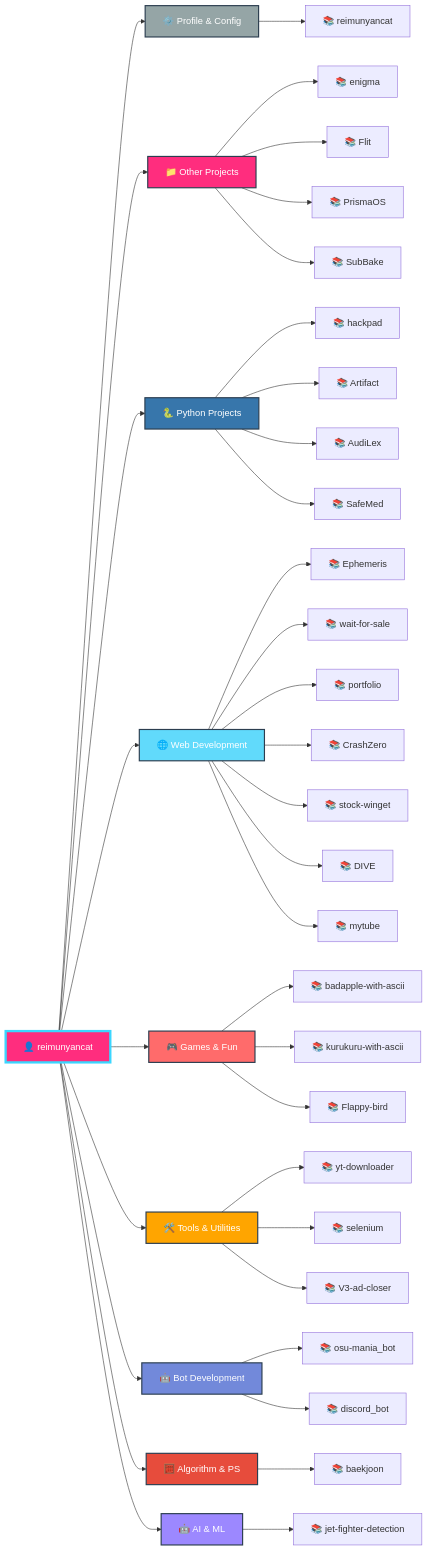
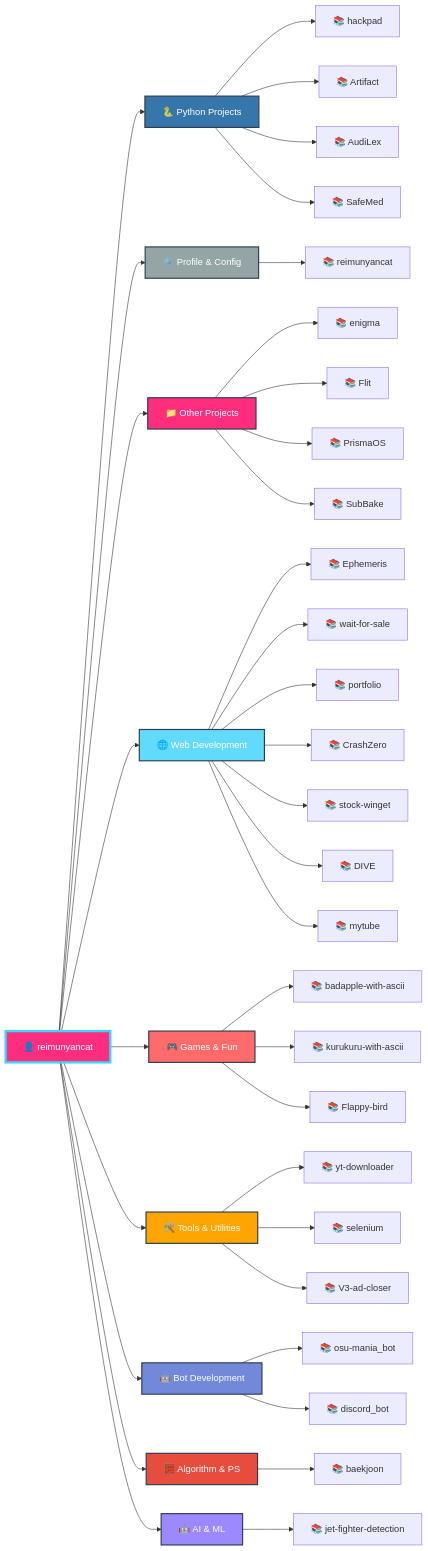
The diagram in README.md (reimunyancat/reimunyancat), drawn with Mermaid before and after one commit. The commit also changed other lines of this file, not shown here.

````diff
--- a/README.md
+++ b/README.md
@@ -158,59 +158,59 @@
 ```mermaid
 graph LR
   A[👤 reimunyancat]
 
-  A --> CAT0[⚙️ Profile & Config]
-  CAT0 --> CAT0_0[📚 reimunyancat]
+  A --> CAT0[🐍 Python Projects]
+  CAT0 --> CAT0_0[📚 hackpad]
+  CAT0 --> CAT0_1[📚 Artifact]
+  CAT0 --> CAT0_2[📚 AudiLex]
+  CAT0 --> CAT0_3[📚 SafeMed]
 
-  A --> CAT1[📁 Other Projects]
-  CAT1 --> CAT1_0[📚 enigma]
-  CAT1 --> CAT1_1[📚 Flit]
-  CAT1 --> CAT1_2[📚 PrismaOS]
-  CAT1 --> CAT1_3[📚 SubBake]
+  A --> CAT1[⚙️ Profile & Config]
+  CAT1 --> CAT1_0[📚 reimunyancat]
 
-  A --> CAT2[🐍 Python Projects]
-  CAT2 --> CAT2_0[📚 hackpad]
-  CAT2 --> CAT2_1[📚 Artifact]
-  CAT2 --> CAT2_2[📚 AudiLex]
-  CAT2 --> CAT2_3[📚 SafeMed]
+  A --> CAT2[📁 Other Projects]
+  CAT2 --> CAT2_0[📚 enigma]
+  CAT2 --> CAT2_1[📚 Flit]
+  CAT2 --> CAT2_2[📚 PrismaOS]
+  CAT2 --> CAT2_3[📚 SubBake]
 
   A --> CAT3[🌐 Web Development]
   CAT3 --> CAT3_0[📚 Ephemeris]
   CAT3 --> CAT3_1[📚 wait-for-sale]
   CAT3 --> CAT3_2[📚 portfolio]
   CAT3 --> CAT3_3[📚 CrashZero]
   CAT3 --> CAT3_4[📚 stock-winget]
   CAT3 --> CAT3_5[📚 DIVE]
   CAT3 --> CAT3_6[📚 mytube]
 
   A --> CAT4[🎮 Games & Fun]
   CAT4 --> CAT4_0[📚 badapple-with-ascii]
   CAT4 --> CAT4_1[📚 kurukuru-with-ascii]
   CAT4 --> CAT4_2[📚 Flappy-bird]
 
   A --> CAT5[🛠️ Tools & Utilities]
   CAT5 --> CAT5_0[📚 yt-downloader]
   CAT5 --> CAT5_1[📚 selenium]
   CAT5 --> CAT5_2[📚 V3-ad-closer]
 
   A --> CAT6[🤖 Bot Development]
   CAT6 --> CAT6_0[📚 osu-mania_bot]
   CAT6 --> CAT6_1[📚 discord_bot]
 
   A --> CAT7[🧮 Algorithm & PS]
   CAT7 --> CAT7_0[📚 baekjoon]
 
   A --> CAT8[🤖 AI & ML]
   CAT8 --> CAT8_0[📚 jet-fighter-detection]
 
   style A fill:#FF2D7E,stroke:#3BD6FF,stroke-width:4px,color:#fff
-  style CAT0 fill:#95a5a6,stroke:#2c3e50,stroke-width:2px,color:#fff
-  style CAT1 fill:#FF2D7E,stroke:#2c3e50,stroke-width:2px,color:#fff
-  style CAT2 fill:#3776ab,stroke:#2c3e50,stroke-width:2px,color:#fff
+  style CAT0 fill:#3776ab,stroke:#2c3e50,stroke-width:2px,color:#fff
+  style CAT1 fill:#95a5a6,stroke:#2c3e50,stroke-width:2px,color:#fff
+  style CAT2 fill:#FF2D7E,stroke:#2c3e50,stroke-width:2px,color:#fff
   style CAT3 fill:#61dafb,stroke:#2c3e50,stroke-width:2px,color:#fff
   style CAT4 fill:#ff6b6b,stroke:#2c3e50,stroke-width:2px,color:#fff
   style CAT5 fill:#ffa500,stroke:#2c3e50,stroke-width:2px,color:#fff
   style CAT6 fill:#7289da,stroke:#2c3e50,stroke-width:2px,color:#fff
   style CAT7 fill:#e74c3c,stroke:#2c3e50,stroke-width:2px,color:#fff
   style CAT8 fill:#9c88ff,stroke:#2c3e50,stroke-width:2px,color:#fff
 ```
````
